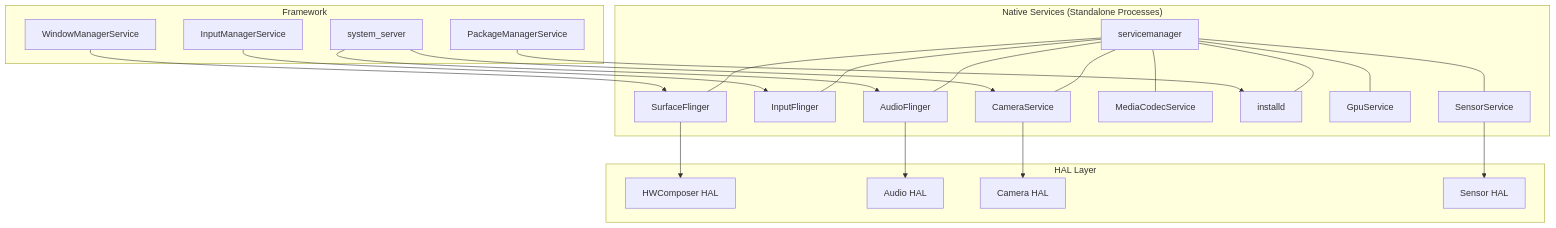
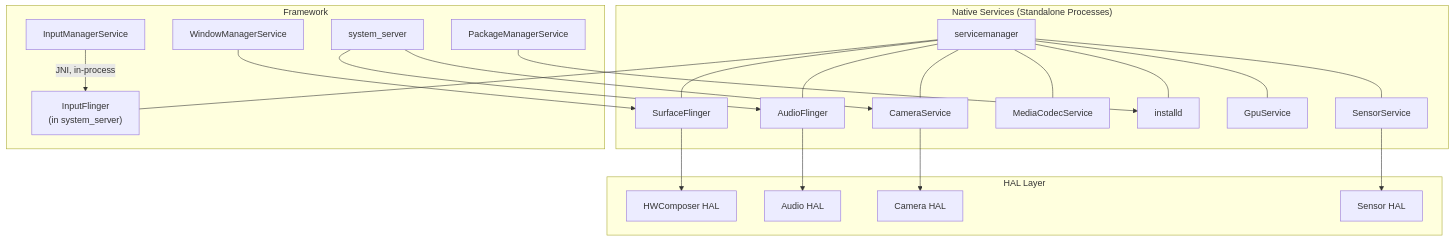
One commit to aospbooks/aosp-internal-book changed the third of 29 diagrams in agents/claude/skills/aosp-native-services-and-media/12-native-services.md. Above: the diagram before and after it, drawn with Mermaid. The commit also changed other lines of this file and 218 other files, not shown here.

````diff
--- a/agents/claude/skills/aosp-native-services-and-media/12-native-services.md
+++ b/agents/claude/skills/aosp-native-services-and-media/12-native-services.md
@@ -259,48 +268,48 @@
 ```mermaid
 graph TB
     subgraph "Native Services (Standalone Processes)"
         SM[servicemanager]
         SF[SurfaceFlinger]
-        IF[InputFlinger]
         AF[AudioFlinger]
         CS[CameraService]
         MS[MediaCodecService]
         ID[installd]
         GPU[GpuService]
         SS[SensorService]
     end
 
     subgraph "HAL Layer"
         HWC[HWComposer HAL]
         AudioHAL[Audio HAL]
         CameraHAL[Camera HAL]
         SensorHAL[Sensor HAL]
     end
 
     subgraph "Framework"
         WMS[WindowManagerService]
         IMS[InputManagerService]
+        IF["InputFlinger<br/>(in system_server)"]
         PMS[PackageManagerService]
         SysSrv[system_server]
     end
 
     SM --- SF
     SM --- IF
     SM --- AF
     SM --- CS
     SM --- MS
     SM --- ID
     SM --- GPU
     SM --- SS
 
     SF --> HWC
     AF --> AudioHAL
     CS --> CameraHAL
     SS --> SensorHAL
 
     WMS --> SF
-    IMS --> IF
+    IMS -->|JNI, in-process| IF
     PMS --> ID
     SysSrv --> AF
     SysSrv --> CS
 ```
````
